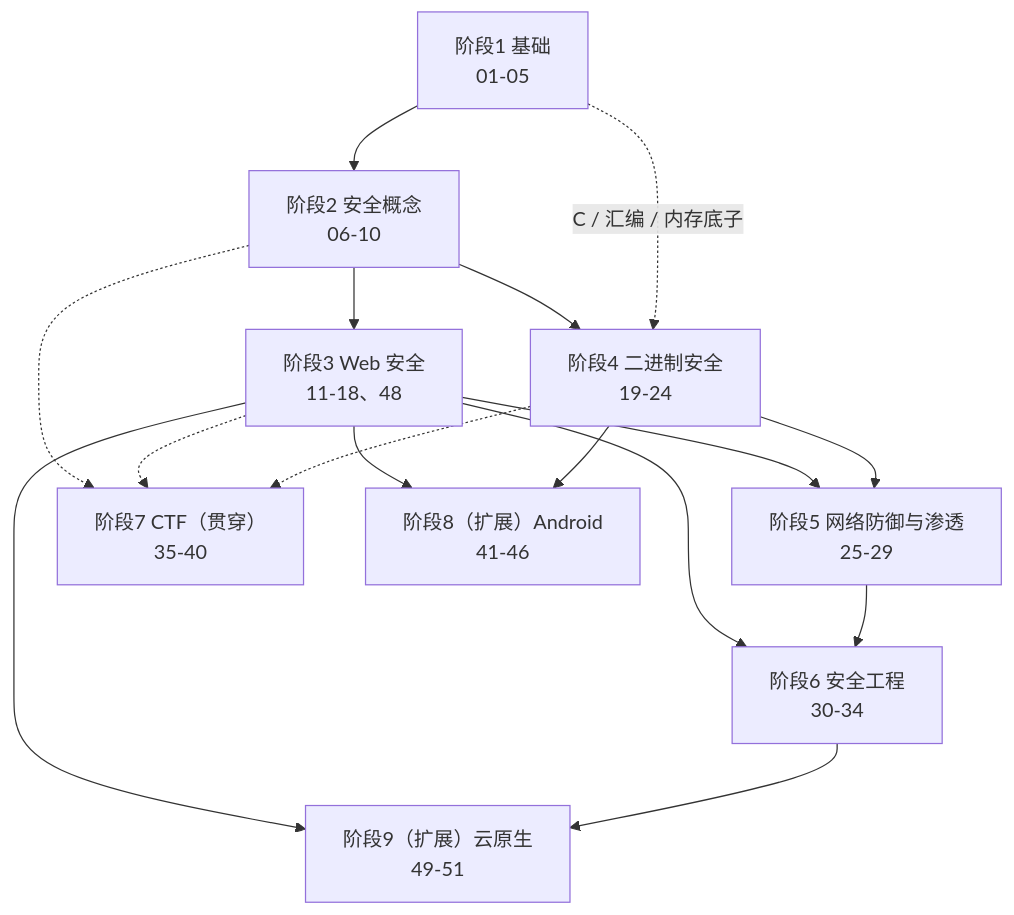
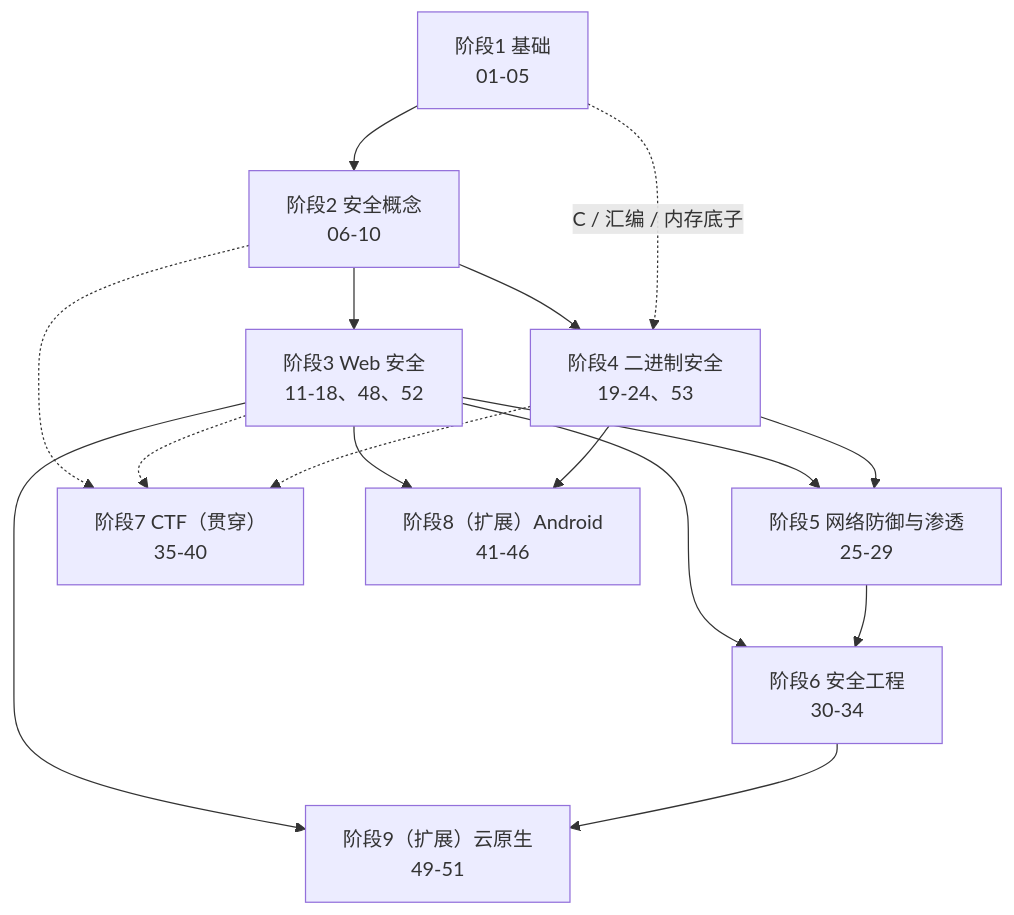
One commit to yidafu/tech-learning changed the diagram in security/docs/index.md. Above: the diagram before and after it, drawn with Mermaid. The commit also changed other lines of this file and 4 other files, not shown here.

````diff
--- a/security/docs/index.md
+++ b/security/docs/index.md
@@ -140,18 +142,18 @@
 ```mermaid
 graph TD
     S1["阶段1 基础<br/>01-05"] --> S2["阶段2 安全概念<br/>06-10"]
-    S2 --> S3["阶段3 Web 安全<br/>11-18、48"]
-    S2 --> S4["阶段4 二进制安全<br/>19-24"]
+    S2 --> S3["阶段3 Web 安全<br/>11-18、48、52"]
+    S2 --> S4["阶段4 二进制安全<br/>19-24、53"]
     S1 -. "C / 汇编 / 内存底子" .-> S4
     S3 --> S5["阶段5 网络防御与渗透<br/>25-29"]
     S4 --> S5
     S3 --> S6["阶段6 安全工程<br/>30-34"]
     S5 --> S6
     S2 -.-> S7["阶段7 CTF（贯穿）<br/>35-40"]
     S3 -.-> S7
     S4 -.-> S7
     S3 --> S8["阶段8（扩展）Android<br/>41-46"]
     S4 --> S8
     S3 --> S9["阶段9（扩展）云原生<br/>49-51"]
     S6 --> S9
 ```
````
